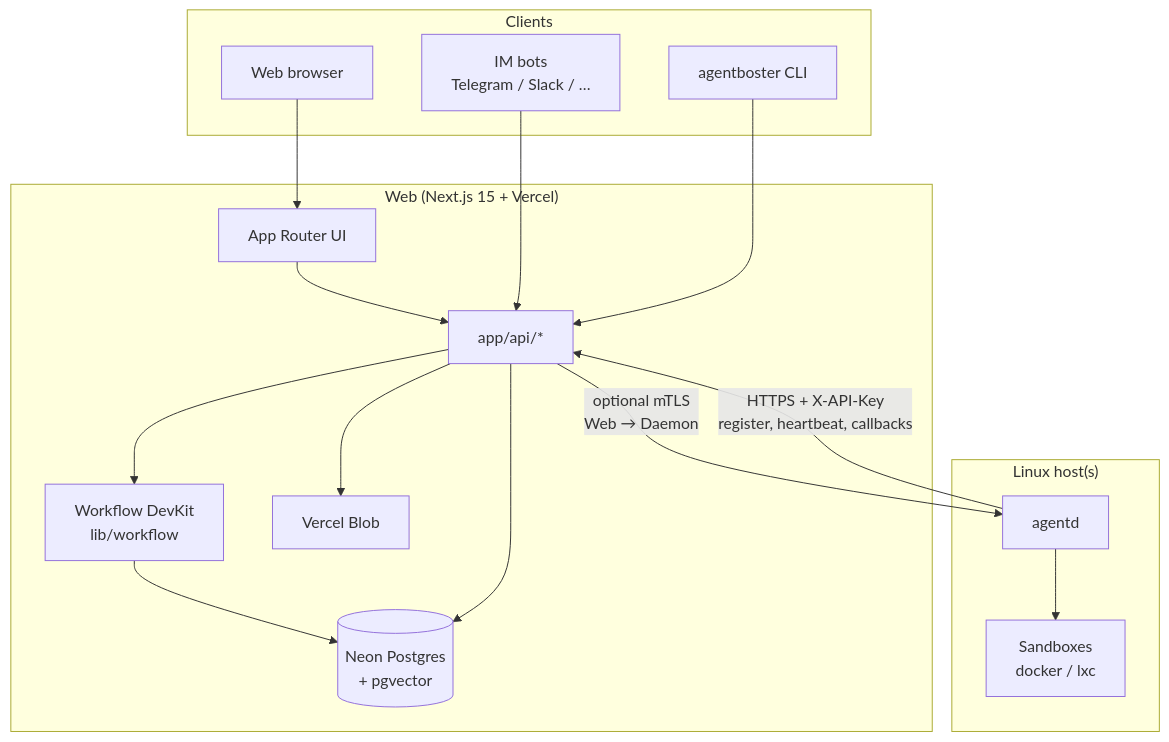
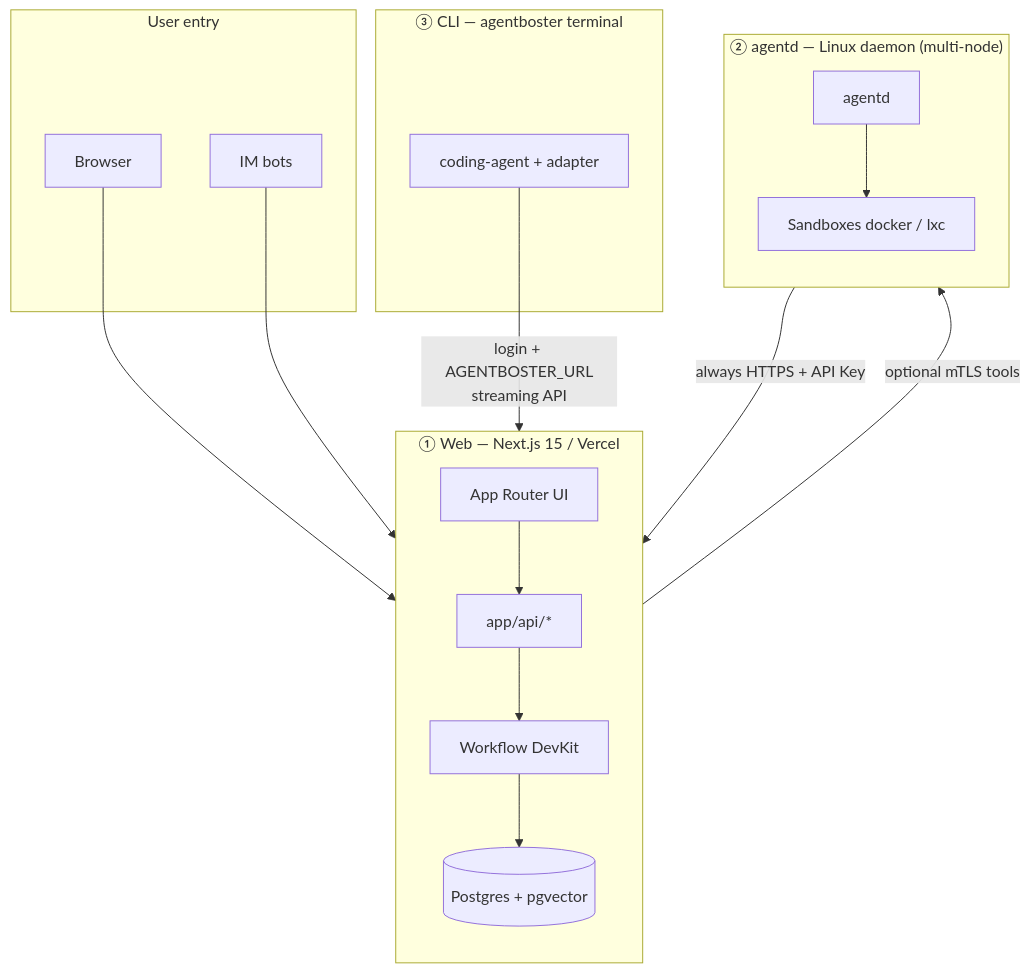
One commit to NekoSekaiMoe/agentboster changed the first of 4 diagrams in README.EN.md. Above: the diagram before and after it, drawn with Mermaid. The commit also changed other lines of this file and 5 other files, not shown here.

````diff
--- a/README.EN.md
+++ b/README.EN.md
@@ -33,34 +33,34 @@
 ```mermaid
 flowchart TB
-  subgraph clients["Clients"]
-    Browser["Web browser"]
-    IM["IM bots\nTelegram / Slack / …"]
-    CLI["agentboster CLI"]
+  subgraph tier1["① Web — Next.js 15 / Vercel"]
+    direction TB
+    UI["App Router UI"]
+    API["app/api/*"]
+    WF["Workflow DevKit"]
+    DB[("Postgres + pgvector")]
+    UI --> API --> WF --> DB
   end
 
-  subgraph vercel["Web (Next.js 15 + Vercel)"]
-    UI["App Router UI"]
-    API["app/api/*"]
-    WF["Workflow DevKit\nlib/workflow"]
-    DB[("Neon Postgres\n+ pgvector")]
-    Blob["Vercel Blob"]
-    UI --> API
-    API --> WF
-    WF --> DB
-    API --> DB
-    API --> Blob
+  subgraph tier2["② agentd — Linux daemon (multi-node)"]
+    direction TB
+    AD["agentd"]
+    SB["Sandboxes docker / lxc"]
+    AD --> SB
   end
 
-  subgraph linux["Linux host(s)"]
-    AD["agentd"]
-    SB["Sandboxes\ndocker / lxc"]
-    AD --> SB
+  subgraph tier3["③ CLI — agentboster terminal"]
+    CLI["coding-agent + adapter"]
+  end
+
+  subgraph clients["User entry"]
+    Browser["Browser"]
+    IM["IM bots"]
   end
 
   Browser --> UI
   IM --> API
-  CLI --> API
+  CLI -->|"login + AGENTBOSTER_URL\nstreaming API"| API
 
-  AD -->|"HTTPS + X-API-Key\nregister, heartbeat, callbacks"| API
-  API -->|"optional mTLS\nWeb → Daemon"| AD
+  AD -->|"always HTTPS + API Key"| API
+  API -->|"optional mTLS tools"| AD
 ```
````
